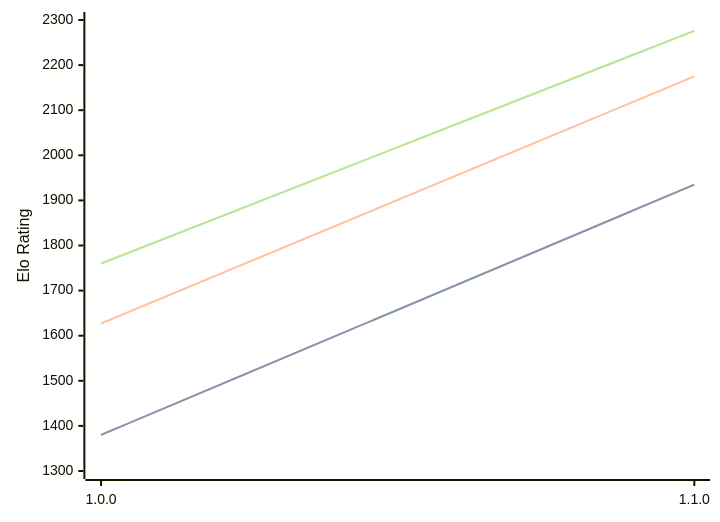
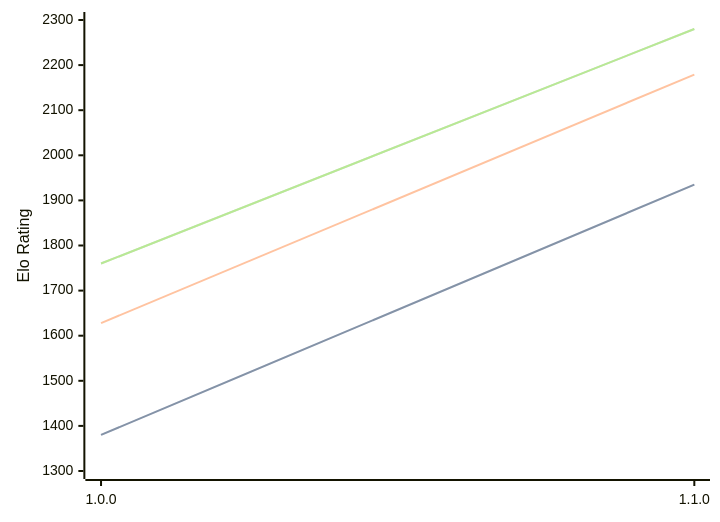
Before and after one commit to computer-chess-index/cci: the diagram in engines/Akerbeltz.md, drawn with Mermaid. The commit also changed other lines of this file, not shown here.

Commit message:
Update CCI Ratings (ELO VLTC) - 2026-06-09

````diff
--- a/engines/Akerbeltz.md
+++ b/engines/Akerbeltz.md
@@ -32,11 +32,11 @@
 ```mermaid
 %%{init: {"theme":"base","themeVariables":{"seriesColors:['#a3a3a3','#222221','#faa371']}}}%%
 xychart-beta
   x-axis ["1.0.0", "1.1.0"]
   y-axis "Elo Rating" 1300 --> 2300
   line "STC (8.0+0.08s)" [1380, 1935]
   line "STC (8.0+0.08s)" [1380, 1935]
-  line "LTC (60.0+0.60s)" [1627, 2175]
-  line "VLTC (2m24s+1.12s)" [1760, 2276]
-  line "VLTC (2m24s+1.12s)" [1760, 2276]
+  line "LTC (60.0+0.60s)" [1628, 2179]
+  line "VLTC (2m24s+1.12s)" [1760, 2280]
+  line "VLTC (2m24s+1.12s)" [1760, 2280]
 ```
````
